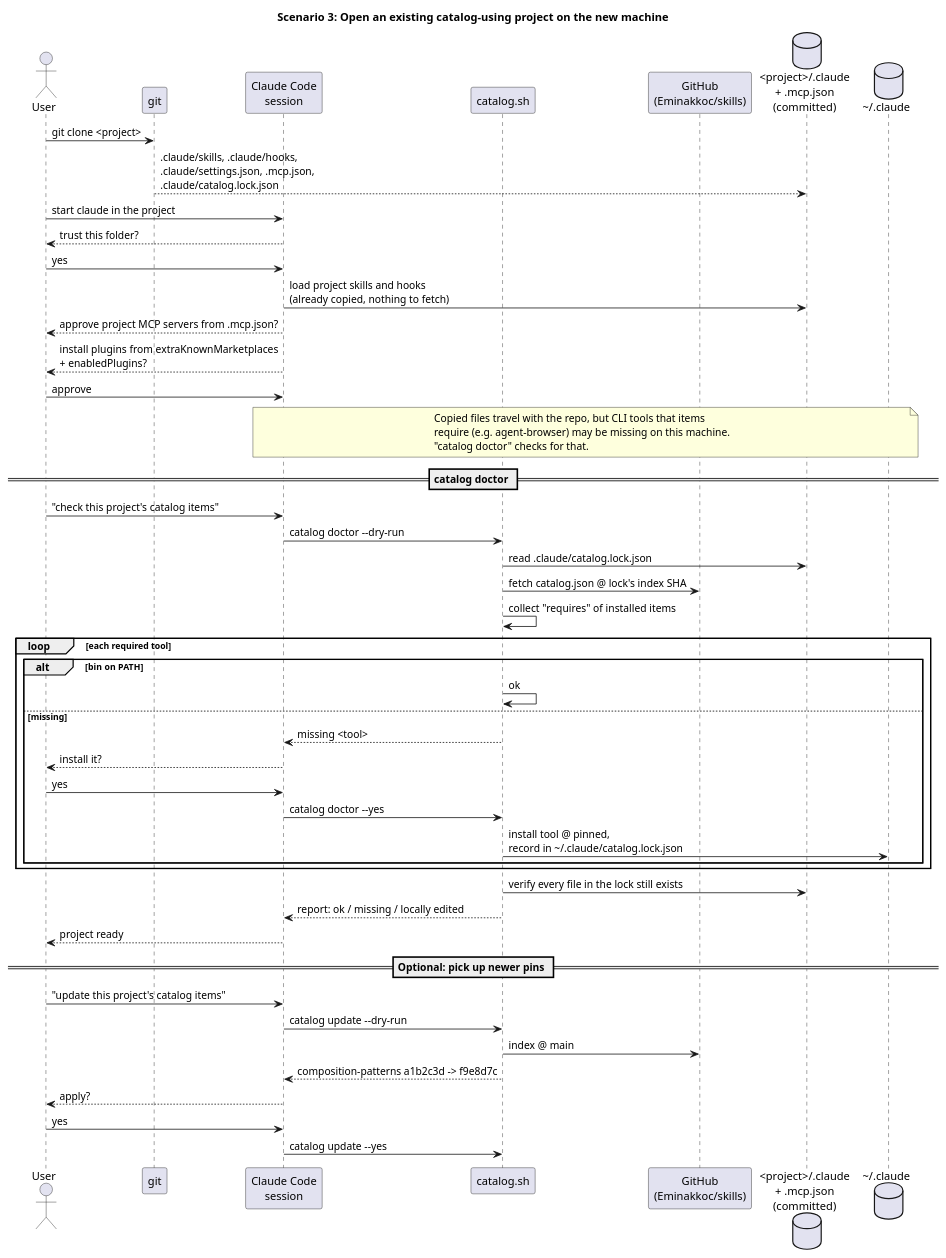
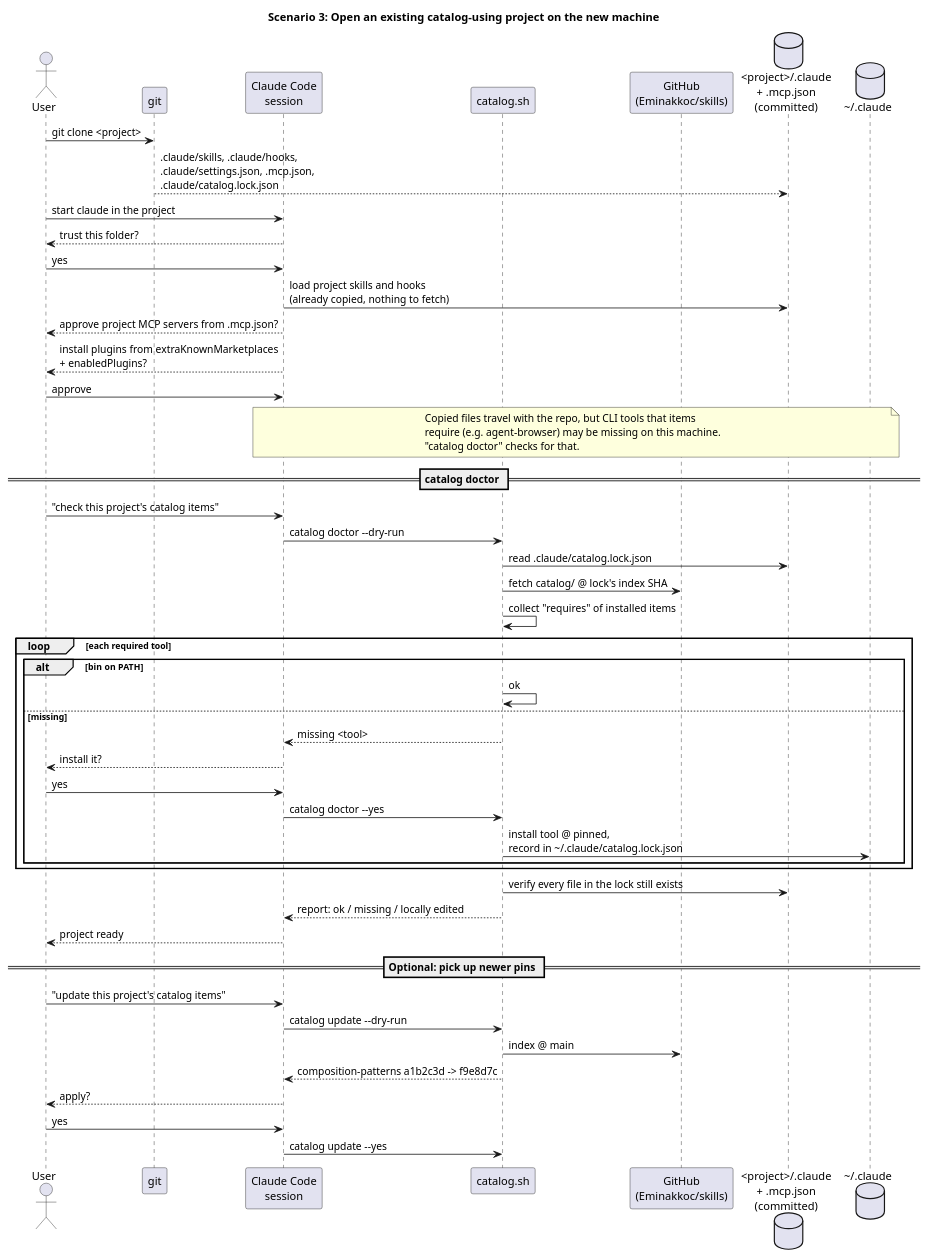
One commit to Eminakkoc/skills changed the diagram in docs/diagrams/03-clone-existing-project.puml. Above: the diagram before and after it, drawn with PlantUML. The commit also changed 33 other files, not shown here.

First line of the commit message:
Split catalog.json into one file per item and per bundle

```diff
--- a/docs/diagrams/03-clone-existing-project.puml
+++ b/docs/diagrams/03-clone-existing-project.puml
@@ -1,58 +1,58 @@
 @startuml 03-clone-existing-project
 title Scenario 3: Open an existing catalog-using project on the new machine
 
 actor User
 participant "git" as Git
 participant "Claude Code\nsession" as Claude
 participant "catalog.sh" as Cat
 participant "GitHub\n(Eminakkoc/skills)" as Index
 database "<project>/.claude\n+ .mcp.json\n(committed)" as Proj
 database "<U+007E>/.claude" as Home
 
 User -> Git : git clone <project>
 Git --> Proj : .claude/skills, .claude/hooks,\n.claude/settings.json, .mcp.json,\n.claude/catalog.lock.json
 
 User -> Claude : start claude in the project
 Claude --> User : trust this folder?
 User -> Claude : yes
 Claude -> Proj : load project skills and hooks\n(already copied, nothing to fetch)
 Claude --> User : approve project MCP servers from .mcp.json?
 Claude --> User : install plugins from extraKnownMarketplaces\n+ enabledPlugins?
 User -> Claude : approve
 
 note over Claude, Home
   Copied files travel with the repo, but CLI tools that items
   require (e.g. agent-browser) may be missing on this machine.
   "catalog doctor" checks for that.
 end note
 
 == catalog doctor ==
 User -> Claude : "check this project's catalog items"
 Claude -> Cat : catalog doctor --dry-run
 Cat -> Proj : read .claude/catalog.lock.json
-Cat -> Index : fetch catalog.json @ lock's index SHA
+Cat -> Index : fetch catalog/ @ lock's index SHA
 Cat -> Cat : collect "requires" of installed items
 loop each required tool
   alt bin on PATH
     Cat -> Cat : ok
   else missing
     Cat --> Claude : missing <tool>
     Claude --> User : install it?
     User -> Claude : yes
     Claude -> Cat : catalog doctor --yes
     Cat -> Home : install tool @ pinned,\nrecord in <U+007E>/.claude/catalog.lock.json
   end
 end
 Cat -> Proj : verify every file in the lock still exists
 Cat --> Claude : report: ok / missing / locally edited
 Claude --> User : project ready
 
 == Optional: pick up newer pins ==
 User -> Claude : "update this project's catalog items"
 Claude -> Cat : catalog update --dry-run
 Cat -> Index : index @ main
 Cat --> Claude : composition-patterns a1b2c3d -> f9e8d7c
 Claude --> User : apply?
 User -> Claude : yes
 Claude -> Cat : catalog update --yes
 @enduml
```
